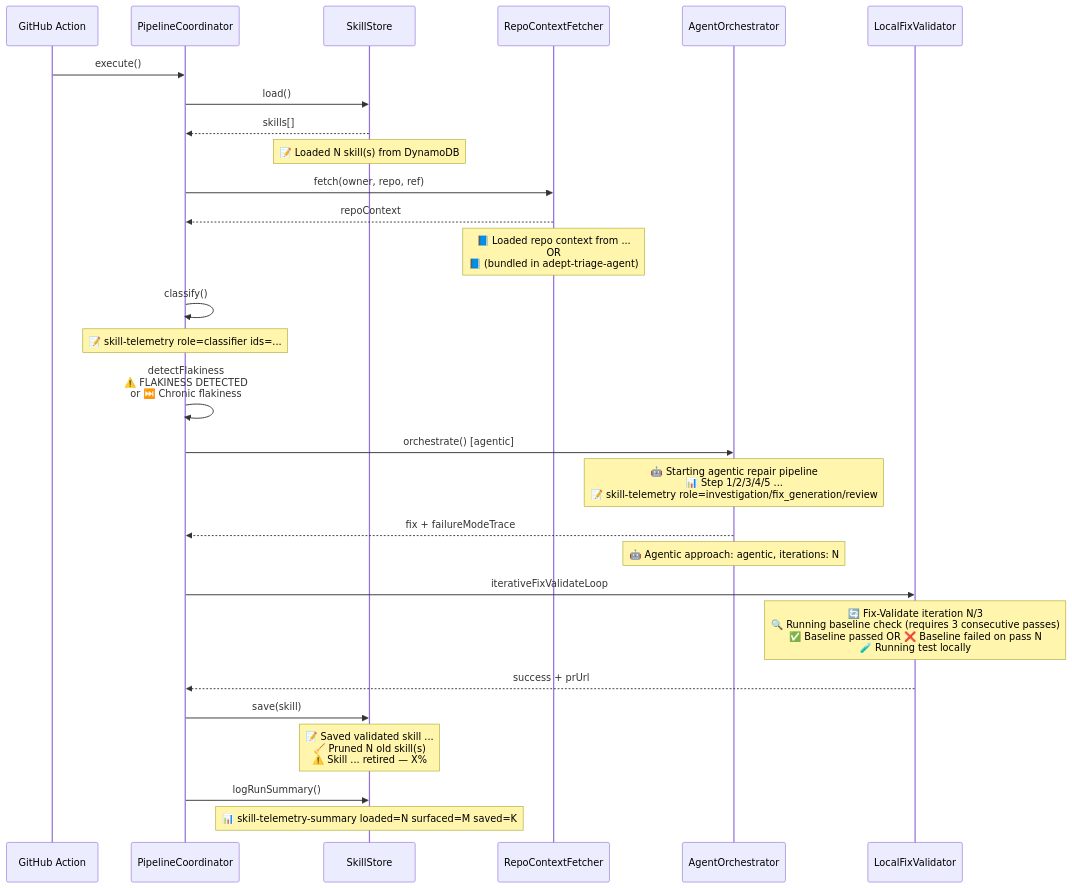
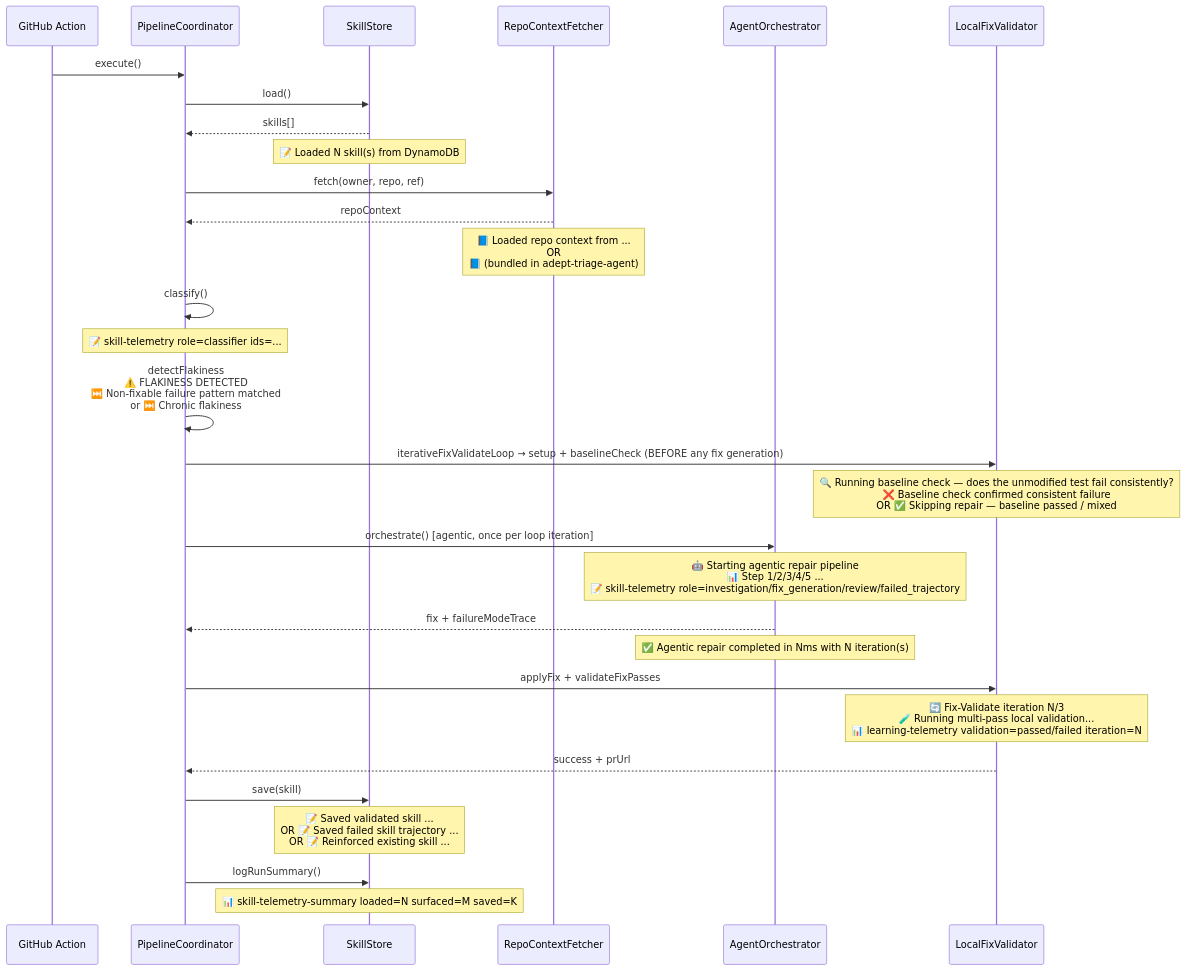
Before and after one commit to adept-at/adept-triage-agent: the tenth of 10 diagrams in docs/agent-workflow-flowchart.md, drawn with Mermaid. The commit also changed other lines of this file and 23 other files, not shown here.

````diff
--- a/docs/agent-workflow-flowchart.md
+++ b/docs/agent-workflow-flowchart.md
@@ -346,36 +379,40 @@
 ```mermaid
 sequenceDiagram
     participant GHA as GitHub Action
     participant Coord as PipelineCoordinator
     participant Store as SkillStore
     participant Fetcher as RepoContextFetcher
     participant Orch as AgentOrchestrator
     participant Val as LocalFixValidator
 
     GHA->>Coord: execute()
     Coord->>Store: load()
     Store-->>Coord: skills[]
     Note over Store: 📝 Loaded N skill(s) from DynamoDB
     Coord->>Fetcher: fetch(owner, repo, ref)
     Fetcher-->>Coord: repoContext
     Note over Fetcher: 📘 Loaded repo context from ...<br/>OR<br/>📘 (bundled in adept-triage-agent)
 
     Coord->>Coord: classify()
     Note over Coord: 📝 skill-telemetry role=classifier ids=...
-    Coord->>Coord: detectFlakiness<br/>⚠️ FLAKINESS DETECTED<br/>or ⏭️ Chronic flakiness
+    Coord->>Coord: detectFlakiness<br/>⚠️ FLAKINESS DETECTED<br/>⏭️ Non-fixable failure pattern matched<br/>or ⏭️ Chronic flakiness
 
-    Coord->>Orch: orchestrate() [agentic]
-    Note over Orch: 🤖 Starting agentic repair pipeline<br/>📊 Step 1/2/3/4/5 ...<br/>📝 skill-telemetry role=investigation/fix_generation/review
+    Coord->>Val: iterativeFixValidateLoop → setup + baselineCheck (BEFORE any fix generation)
+    Note over Val: 🔍 Running baseline check — does the unmodified test fail consistently?<br/>❌ Baseline check confirmed consistent failure<br/>OR ✅ Skipping repair — baseline passed / mixed
+
+    Coord->>Orch: orchestrate() [agentic, once per loop iteration]
+    Note over Orch: 🤖 Starting agentic repair pipeline<br/>📊 Step 1/2/3/4/5 ...<br/>📝 skill-telemetry role=investigation/fix_generation/review/failed_trajectory
     Orch-->>Coord: fix + failureModeTrace
-    Note over Orch: 🤖 Agentic approach: agentic, iterations: N
+    Note over Orch: ✅ Agentic repair completed in Nms with N iteration(s)
 
-    Coord->>Val: iterativeFixValidateLoop
-    Note over Val: 🔄 Fix-Validate iteration N/3<br/>🔍 Running baseline check (requires 3 consecutive passes)<br/>✅ Baseline passed OR ❌ Baseline failed on pass N<br/>🧪 Running test locally
+    Coord->>Val: applyFix + validateFixPasses
+    Note over Val: 🔄 Fix-Validate iteration N/3<br/>🧪 Running multi-pass local validation...<br/>📊 learning-telemetry validation=passed/failed iteration=N
+
     Val-->>Coord: success + prUrl
 
     Coord->>Store: save(skill)
-    Note over Store: 📝 Saved validated skill ...<br/>🧹 Pruned N old skill(s)<br/>⚠️ Skill ... retired — X%
+    Note over Store: 📝 Saved validated skill ...<br/>OR 📝 Saved failed skill trajectory ...<br/>OR 📝 Reinforced existing skill ...
 
     Coord->>Store: logRunSummary()
     Note over Store: 📊 skill-telemetry-summary loaded=N surfaced=M saved=K
 ```
````
